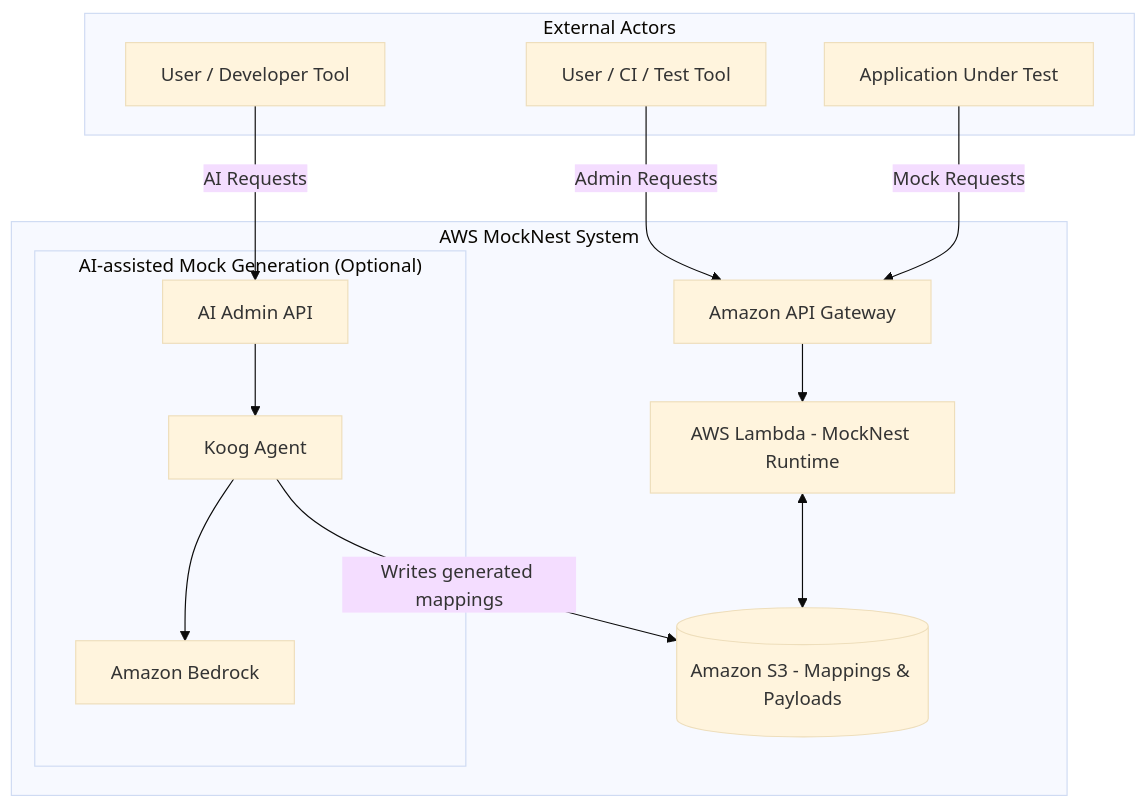
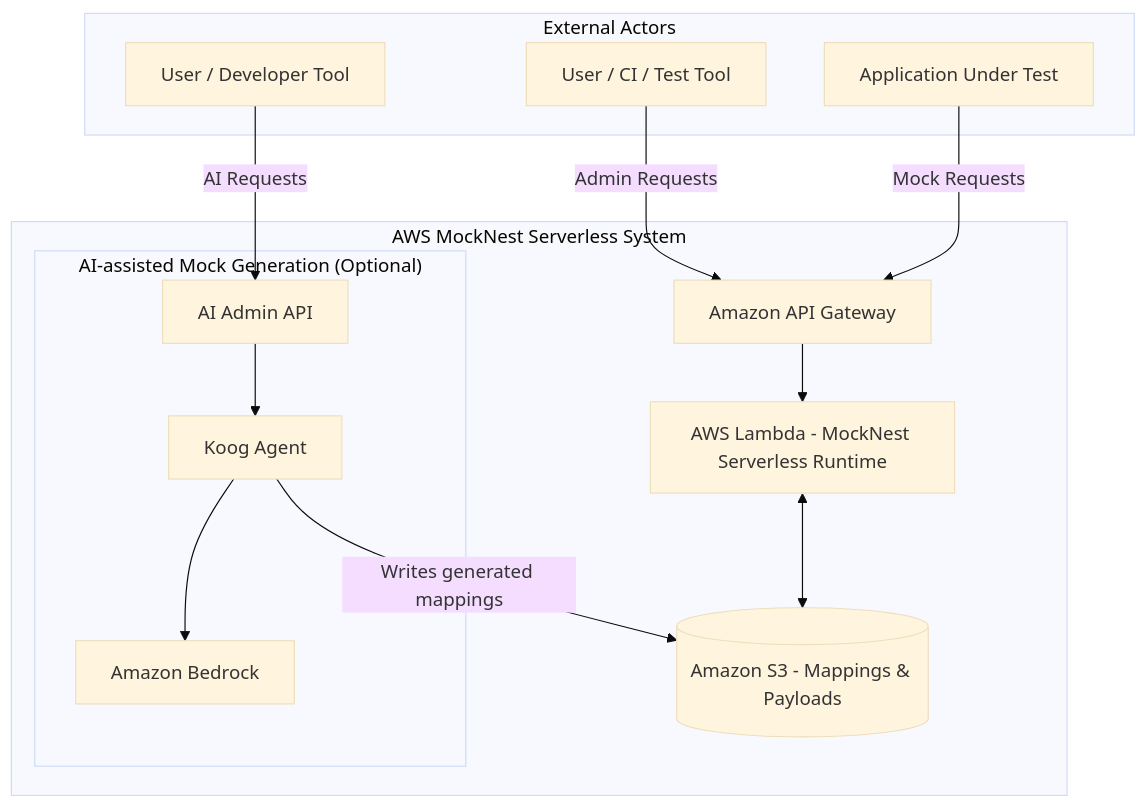
The diagram in .kiro/steering/03-aws-services.md (elenavanengelenmaslova/mocknest-serverless), drawn with Mermaid (base theme) before and after one commit. The commit also changed other lines of this file and 4 other files, not shown here.

Commit message:
rename MockNest to MockNest Serverless

````diff
--- a/.kiro/steering/03-aws-services.md
+++ b/.kiro/steering/03-aws-services.md
@@ -5,30 +5,30 @@
 ```mermaid
 flowchart TB
     subgraph Actors["External Actors"]
         USER[User / CI / Test Tool]
         AIUSER[User / Developer Tool]
         APP[Application Under Test]
     end
 
-    subgraph AWS["AWS MockNest System"]
+    subgraph AWS["AWS MockNest Serverless System"]
         APIGW[Amazon API Gateway]
-        LAMBDA[AWS Lambda - MockNest Runtime]
+        LAMBDA[AWS Lambda - MockNest Serverless Runtime]
         S3[(Amazon S3 - Mappings & Payloads)]
 
         subgraph AI["AI-assisted Mock Generation (Optional)"]
             AIADMIN[AI Admin API]
             KOOG[Koog Agent]
             BEDROCK[Amazon Bedrock]
             
             AIADMIN --> KOOG
             KOOG --> BEDROCK
         end
     end
 
     USER -->|Admin Requests| APIGW
     APP -->|Mock Requests| APIGW
     AIUSER -->|AI Requests| AIADMIN
     APIGW --> LAMBDA
     LAMBDA <--> S3
     KOOG -->|Writes generated mappings| S3
 ```
````
